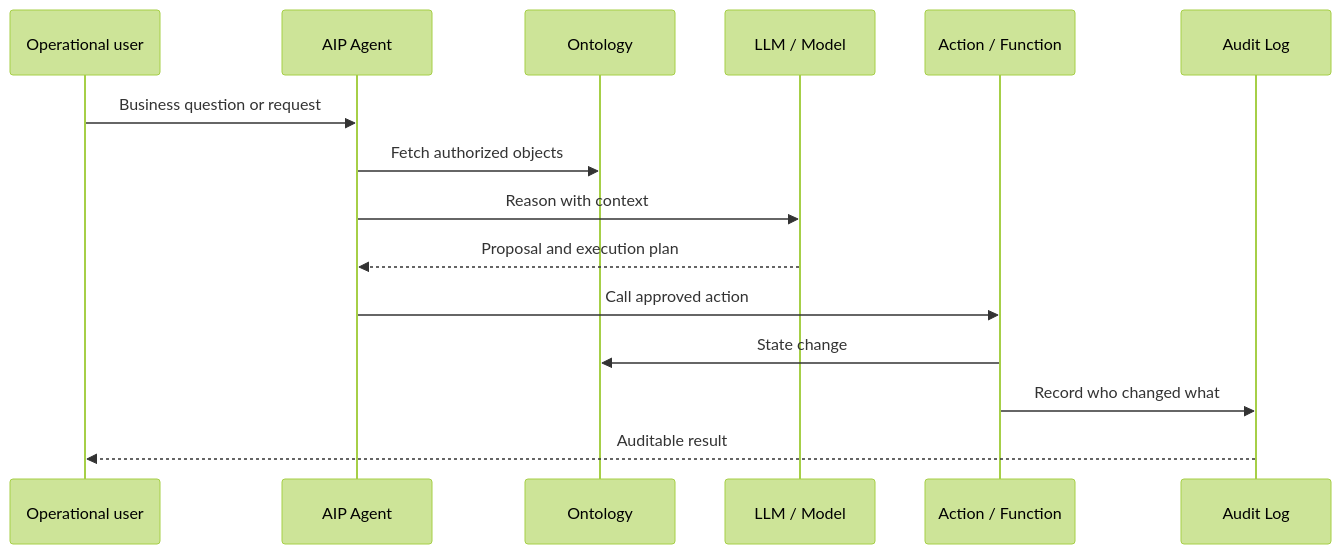
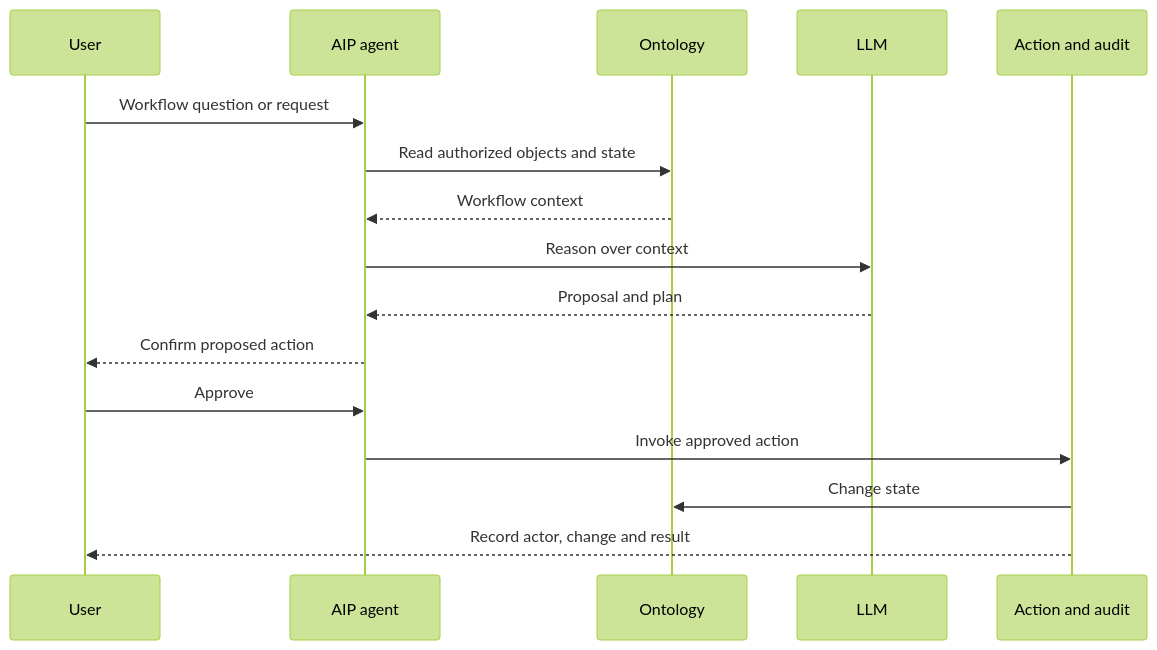
One commit to daylight55/research changed the fourth of 5 diagrams in articles/report/palantir-operational-ai-platform/en/index.mdx. Above: the diagram before and after it, drawn with Mermaid (forest theme). The commit also changed other lines of this file and 181 other files, not shown here.

First line of the commit message:
全記事の図解368点を再生成し、共通注意書きを削除 (#402)

````diff
--- a/articles/report/palantir-operational-ai-platform/en/index.mdx
+++ b/articles/report/palantir-operational-ai-platform/en/index.mdx
@@ -114,18 +122,20 @@
 ```mermaid
 sequenceDiagram
-  participant User as Operational user
-  participant Agent as AIP Agent
-  participant Ont as Ontology
-  participant LLM as LLM / Model
-  participant Act as Action / Function
-  participant Log as Audit Log
-
-  User->>Agent: Business question or request
-  Agent->>Ont: Fetch authorized objects
-  Agent->>LLM: Reason with context
-  LLM-->>Agent: Proposal and execution plan
-  Agent->>Act: Call approved action
-  Act->>Ont: State change
-  Act->>Log: Record who changed what
-  Log-->>User: Auditable result
+  accTitle: From an AIP proposal to approved action and audit
+  accDescr: Reason over authorized context, let only approved actions change state, and record who changed what.
+  participant U as User
+  participant A as AIP agent
+  participant O as Ontology
+  participant L as LLM
+  participant X as Action and audit
+  U->>A: Workflow question or request
+  A->>O: Read authorized objects and state
+  O-->>A: Workflow context
+  A->>L: Reason over context
+  L-->>A: Proposal and plan
+  A-->>U: Confirm proposed action
+  U->>A: Approve
+  A->>X: Invoke approved action
+  X->>O: Change state
+  X-->>U: Record actor, change and result
 ```
````
